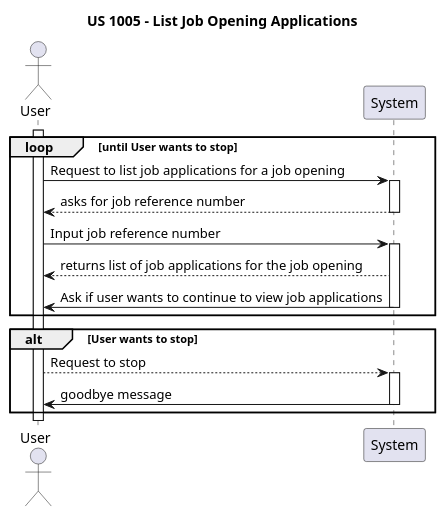
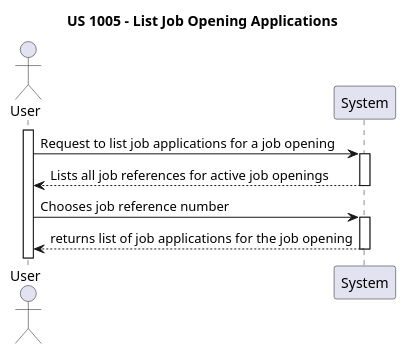
Before and after one commit to marcoferreira37/Lapr4: the diagram in docs/sprintB/1005/puml/1005-system-sequence-diagram.puml, drawn with PlantUML. The commit also changed 16 other files, not shown here.

```diff
--- a/docs/sprintB/1005/puml/1005-system-sequence-diagram.puml
+++ b/docs/sprintB/1005/puml/1005-system-sequence-diagram.puml
@@ -1,33 +1,24 @@
 @startuml
 
 title US 1005 - List Job Opening Applications
 
 actor User as U
 participant "System" as S
 
 activate U
-loop until User wants to stop
+
     U -> S: Request to list job applications for a job opening
     activate S
 
-    S --> U : asks for job reference number
+    S --> U : Lists all job references for active job openings
 
     deactivate S
-    U -> S: Input job reference number
+    U -> S: Chooses job reference number
     activate S
 
     S --> U : returns list of job applications for the job opening
-    S -> U: Ask if user wants to continue to view job applications
+
     deactivate S
-end
-alt User wants to stop
 
-   U --> S: Request to stop
-
-   activate S
-
-   S -> U: goodbye message
-   deactivate S
-end
 
 @enduml
```
